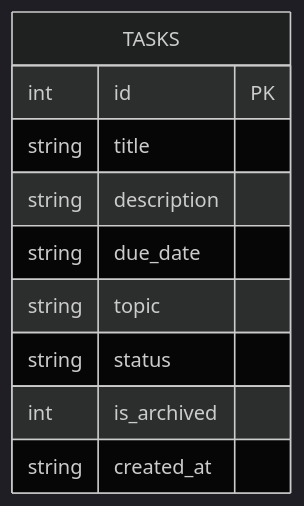
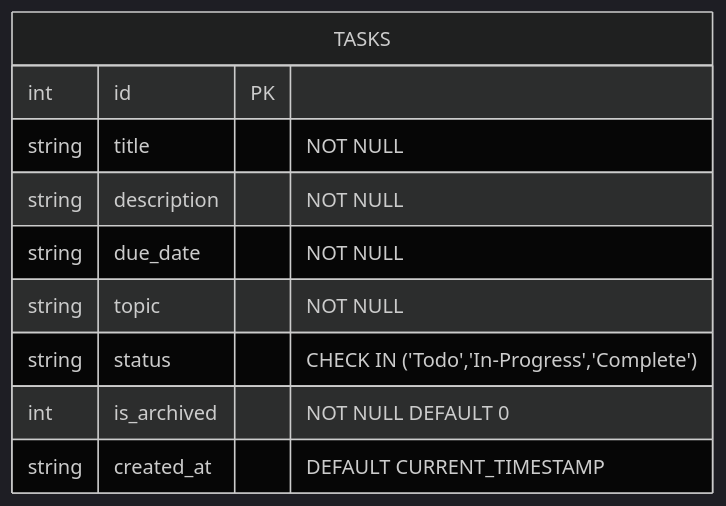
One commit to XalebXEn99/TODOTODO changed the diagram in docs/database-design.md. Above: the diagram before and after it, drawn with Mermaid (dark theme). The commit also changed other lines of this file and 4 other files, not shown here.

Commit message:
Added the proper png for my db diagram

````diff
--- a/docs/database-design.md
+++ b/docs/database-design.md
@@ -5,13 +8,13 @@
 ```mermaid
 erDiagram
     TASKS {
         int id PK
-        string title
-        string description
-        string due_date
-        string topic
-        string status
-        int is_archived
-        string created_at
+        string title "NOT NULL"
+        string description "NOT NULL"
+        string due_date "NOT NULL"
+        string topic "NOT NULL"
+        string status "CHECK IN ('Todo','In-Progress','Complete')"
+        int is_archived "NOT NULL DEFAULT 0"
+        string created_at "DEFAULT CURRENT_TIMESTAMP"
     }
 ```
````
